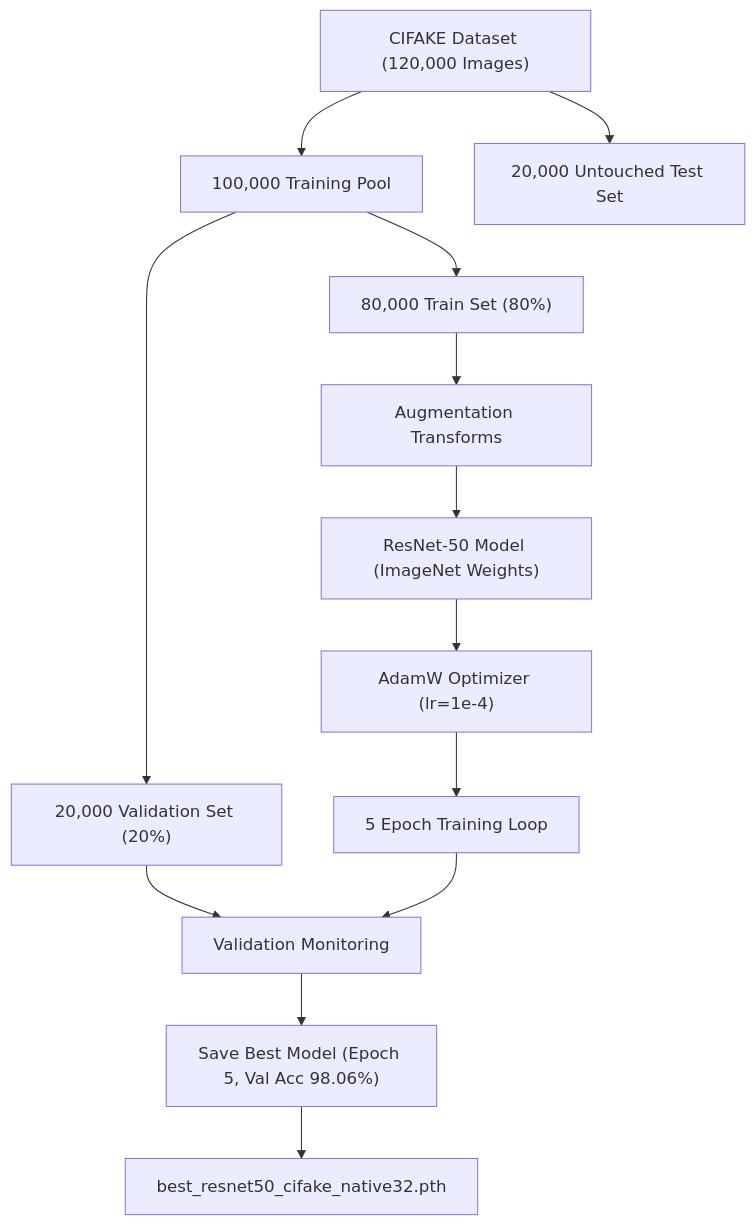
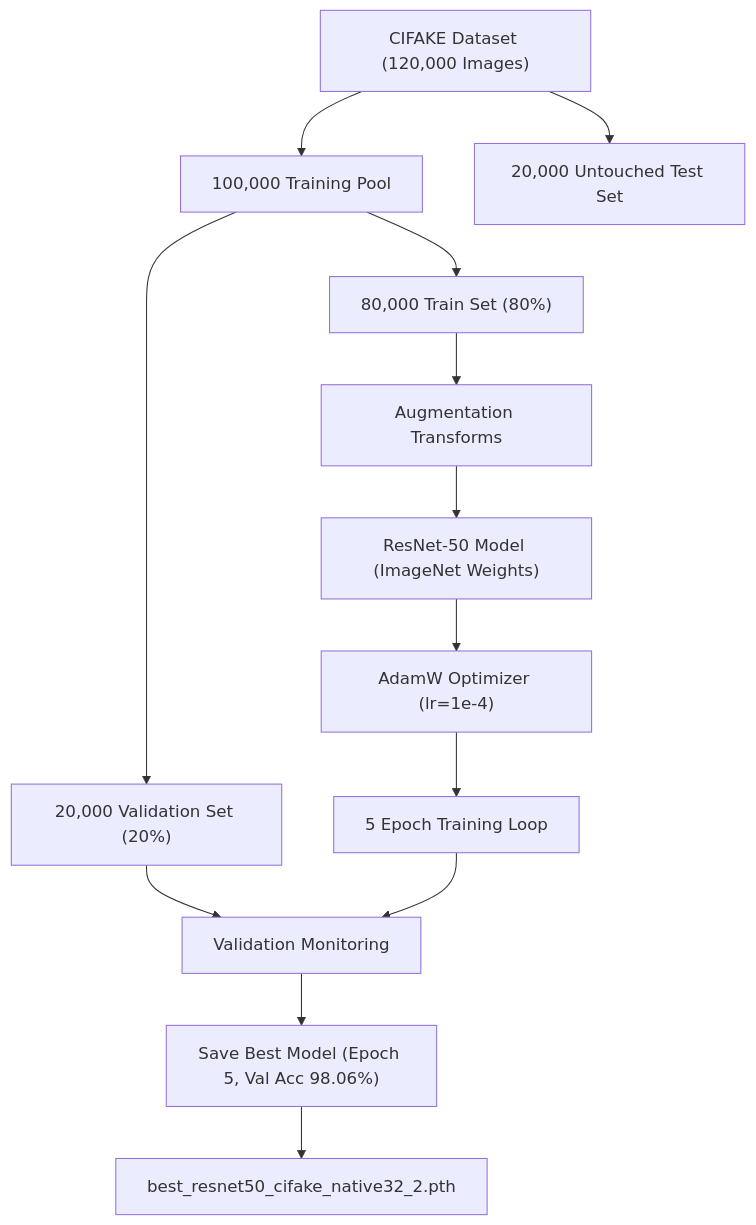
One commit to rominkevadiya/ALGONAUTS_INTERNAL_LJ_HACK changed the second of 3 diagrams in docs/02_system_architecture.md. Above: the diagram before and after it, drawn with Mermaid. The commit also changed other lines of this file and 9 other files, not shown here.

Commit message:
Remove all usages of old checkpoint best_resnet50_cifake_native32.pth in favor of best_resnet50_cifake_native32_2.pth

````diff
--- a/docs/02_system_architecture.md
+++ b/docs/02_system_architecture.md
@@ -48,15 +48,15 @@
 ```mermaid
 graph TD
     Dataset["CIFAKE Dataset (120,000 Images)"] --> Pool["100,000 Training Pool"]
     Dataset --> TestSet["20,000 Untouched Test Set"]
     Pool --> TrainSplit["80,000 Train Set (80%)"]
     Pool --> ValSplit["20,000 Validation Set (20%)"]
     TrainSplit --> Augment["Augmentation Transforms"]
     Augment --> ResNet["ResNet-50 Model (ImageNet Weights)"]
     ResNet --> AdamW["AdamW Optimizer (lr=1e-4)"]
     AdamW --> Epochs["5 Epoch Training Loop"]
     ValSplit --> Monitor["Validation Monitoring"]
     Epochs --> Monitor
     Monitor --> BestSave["Save Best Model (Epoch 5, Val Acc 98.06%)"]
-    BestSave --> CheckpointFile["best_resnet50_cifake_native32.pth"]
+    BestSave --> CheckpointFile["best_resnet50_cifake_native32_2.pth"]
 ```
````
